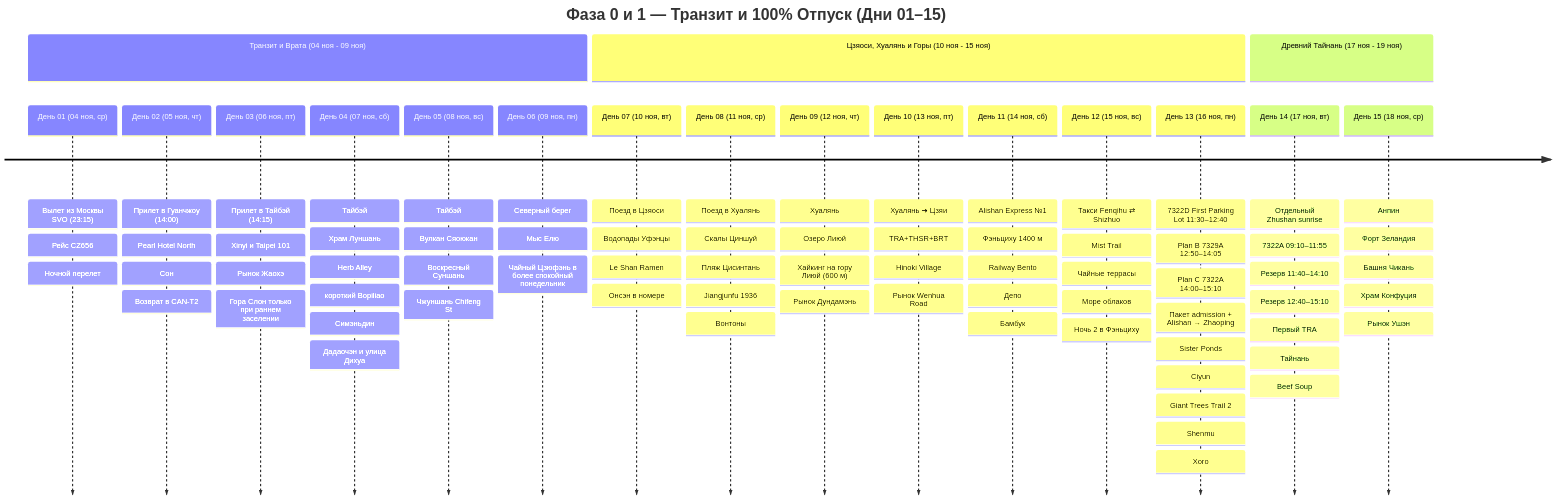
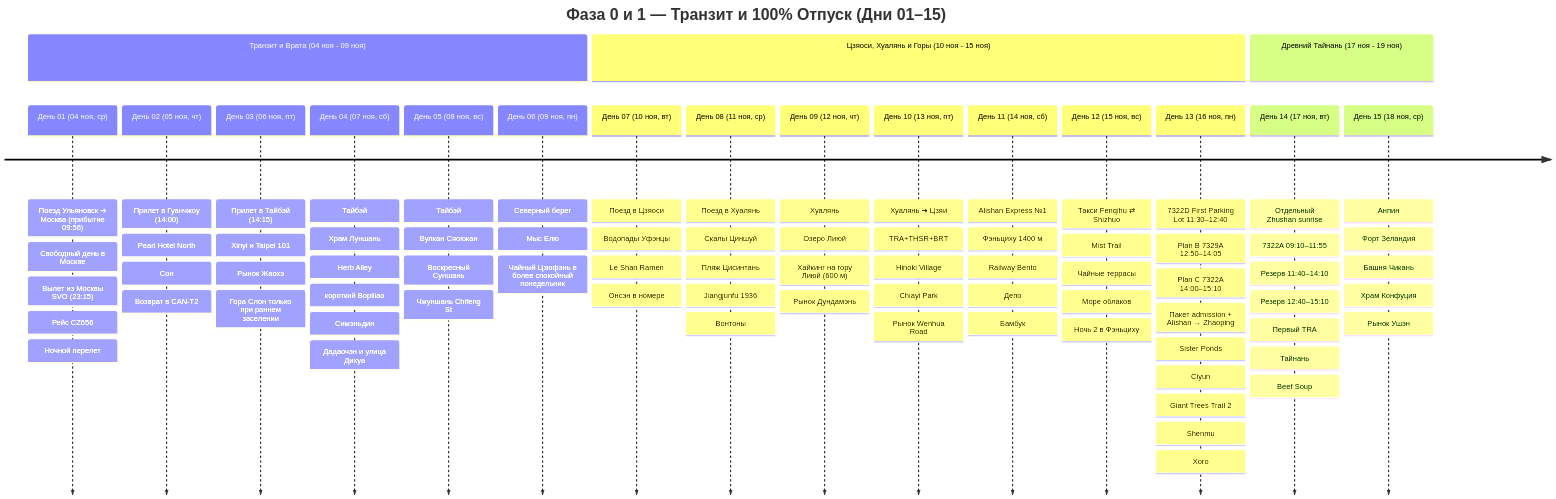
Before and after one commit to injurka/obsidian-mark: the first of 2 diagrams in Personal Note/Travel/-- Taiwan/Taiwan.md, drawn with Mermaid. The commit also changed other lines of this file and 41 other files, not shown here.

````diff
--- a/Personal Note/Travel/-- Taiwan/Taiwan.md
+++ b/Personal Note/Travel/-- Taiwan/Taiwan.md
@@ -61,22 +61,22 @@
 ```mermaid
 timeline
     title Фаза 0 и 1 — Транзит и 100% Отпуск (Дни 01–15)
     section Транзит и Врата (04 ноя - 09 ноя)
-        День 01 (04 ноя, ср) : Вылет из Москвы SVO (23:15) : Рейс CZ656 : Ночной перелет
+        День 01 (04 ноя, ср) : Поезд Ульяновск ➔ Москва (прибытие 09:56) : Свободный день в Москве : Вылет из Москвы SVO (23:15) : Рейс CZ656 : Ночной перелет
         День 02 (05 ноя, чт) : Прилет в Гуанчжоу (14:00) : Pearl Hotel North : Сон : Возврат в CAN-T2
         День 03 (06 ноя, пт) : Прилет в Тайбэй (14:15) : Xinyi и Taipei 101 : Рынок Жаохэ : Гора Слон только при раннем заселении
         День 04 (07 ноя, сб) : Тайбэй : Храм Луншань : Herb Alley : короткий Bopiliao : Симэньдин : Дадаочэн и улица Дихуа
         День 05 (08 ноя, вс) : Тайбэй : Вулкан Сяоюкан : Воскресный Суншань : Чжуншань Chifeng St
         День 06 (09 ноя, пн) : Северный берег : Мыс Елю : Чайный Цзюфэнь в более спокойный понедельник
     section Цзяоси, Хуалянь и Горы (10 ноя - 15 ноя)
         День 07 (10 ноя, вт) : Поезд в Цзяоси : Водопады Уфэнцы : Le Shan Ramen : Онсэн в номере
         День 08 (11 ноя, ср) : Поезд в Хуалянь : Скалы Циншуй : Пляж Цисинтань : Jiangjunfu 1936 : Вонтоны
         День 09 (12 ноя, чт) : Хуалянь : Озеро Лиюй : Хайкинг на гору Лиюй (600 м) : Рынок Дундамэнь
-        День 10 (13 ноя, пт) : Хуалянь ➔ Цзяи : TRA+THSR+BRT : Hinoki Village : Рынок Wenhua Road
+        День 10 (13 ноя, пт) : Хуалянь ➔ Цзяи : TRA+THSR+BRT : Hinoki Village : Chiayi Park : Рынок Wenhua Road
         День 11 (14 ноя, сб) : Alishan Express №1 : Фэньциху 1400 м : Railway Bento : Депо : Бамбук
         День 12 (15 ноя, вс) : Такси Fenqihu ⇄ Shizhuo : Mist Trail : Чайные террасы : Море облаков : Ночь 2 в Фэньциху
         День 13 (16 ноя, пн) : 7322D First Parking Lot 11:30–12:40 : Plan B 7329A 12:50–14:05 : Plan C 7322A 14:00–15:10 : Пакет admission + Alishan → Zhaoping : Sister Ponds : Ciyun : Giant Trees Trail 2 : Shenmu : Хого
     section Древний Тайнань (17 ноя - 19 ноя)
         День 14 (17 ноя, вт) : Отдельный Zhushan sunrise : 7322A 09:10–11:55 : Резерв 11:40–14:10 : Резерв 12:40–15:10 : Первый TRA : Тайнань : Beef Soup
         День 15 (18 ноя, ср) : Анпин : Форт Зеландия : Башня Чикань : Храм Конфуция : Рынок Ушэн
 ```
````
